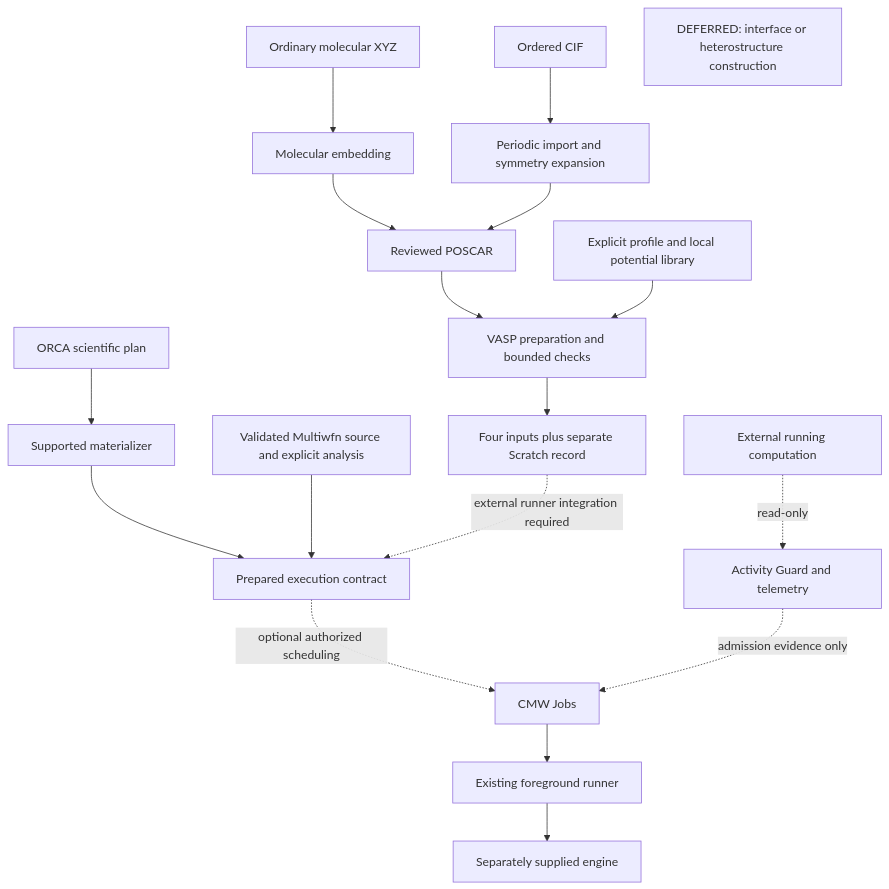
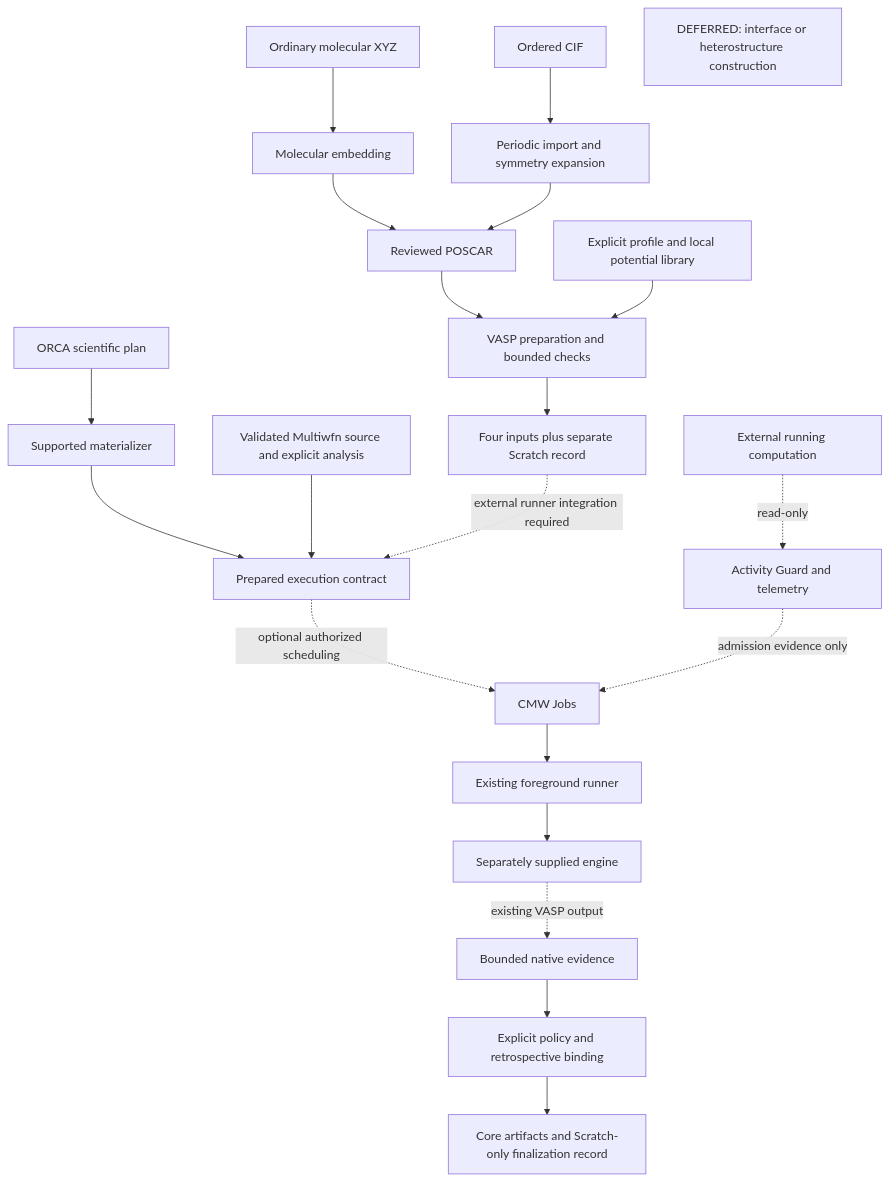
One commit to angzeli/computational-modelling-workflow changed the diagram in CAPABILITY_MAP.md. Above: the diagram before and after it, drawn with Mermaid. The commit also changed other lines of this file and 10 other files, not shown here.

Commit message:
Finalize bound VASP energy and periodic artifacts through the shared core

````diff
--- a/CAPABILITY_MAP.md
+++ b/CAPABILITY_MAP.md
@@ -123,20 +124,23 @@
 ```mermaid
 flowchart TD
     XYZ["Ordinary molecular XYZ"] --> EMB["Molecular embedding"]
     CIF["Ordered CIF"] --> IMP["Periodic import and symmetry expansion"]
     EMB --> POS["Reviewed POSCAR"]
     IMP --> POS
     POS --> VP["VASP preparation and bounded checks"]
     PROFILE["Explicit profile and local potential library"] --> VP
     VP --> FOUR["Four inputs plus separate Scratch record"]
     ORCA["ORCA scientific plan"] --> MAT["Supported materializer"]
     MAT --> CONTRACT["Prepared execution contract"]
     MW["Validated Multiwfn source and explicit analysis"] --> CONTRACT
     FOUR -. "external runner integration required" .-> CONTRACT
     CONTRACT -. "optional authorized scheduling" .-> JOBS["CMW Jobs"]
     JOBS --> RUNNER["Existing foreground runner"]
     RUNNER --> ENGINE["Separately supplied engine"]
+    ENGINE -. "existing VASP output" .-> VE["Bounded native evidence"]
+    VE --> VA["Explicit policy and retrospective binding"]
+    VA --> VF["Core artifacts and Scratch-only finalization record"]
     EXT["External running computation"] -. "read-only" .-> OBS["Activity Guard and telemetry"]
     OBS -. "admission evidence only" .-> JOBS
     FUTURE["DEFERRED: interface or heterostructure construction"]
 ```
````
